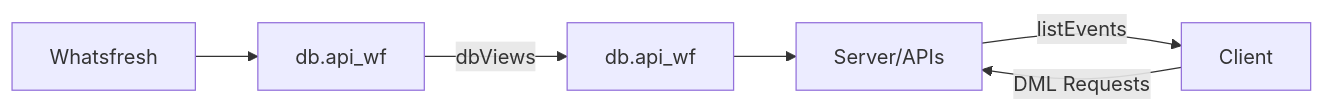
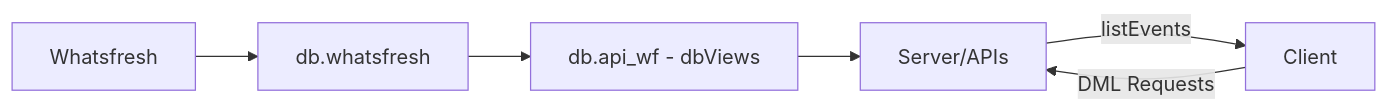
Before and after one commit to pchambless/whatsfresh-docs: the first of 2 diagrams in README.md, drawn with Mermaid. The commit also changed other lines of this file, not shown here.

````diff
--- a/README.md
+++ b/README.md
@@ -21,8 +21,8 @@
 ```mermaid
 graph LR
     A[Whatsfresh] --> DB[db.whatsfresh]
-    DB[db.api_wf] --> |dbViews|DBV[db.api_wf]
+    DB --> DBV[db.api_wf - dbViews]
     DBV --> C[Server/APIs]
     C --> |listEvents|B[Client] 
     B --> |DML Requests|C
 ```
````
